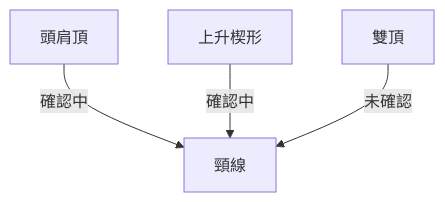
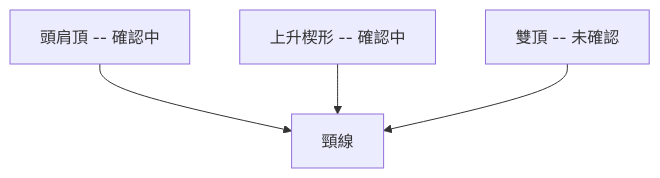
Before and after one commit to yennanliu/finance_data: the fourth of 10 diagrams in ai_gen_report/stock/ktos/technical_analysis_2026-04-08_openai.md, drawn with Mermaid. The commit also changed other lines of this file and 2258 other files, not shown here.

First line of the commit message:
chore: backfill Mermaid syntax repair across existing reports

````diff
--- a/ai_gen_report/stock/ktos/technical_analysis_2026-04-08_openai.md
+++ b/ai_gen_report/stock/ktos/technical_analysis_2026-04-08_openai.md
@@ -147,6 +147,6 @@
 ```mermaid
 graph TD
-    頭肩頂 -- 確認中 --> 頸線
-    上升楔形 -- 確認中 --> 頸線
-    雙頂 -- 未確認 --> 頸線
+    nb1["頭肩頂 -- 確認中"] --> 頸線
+    nb2["上升楔形 -- 確認中"] --> 頸線
+    nb3["雙頂 -- 未確認"] --> 頸線
 ```
````
